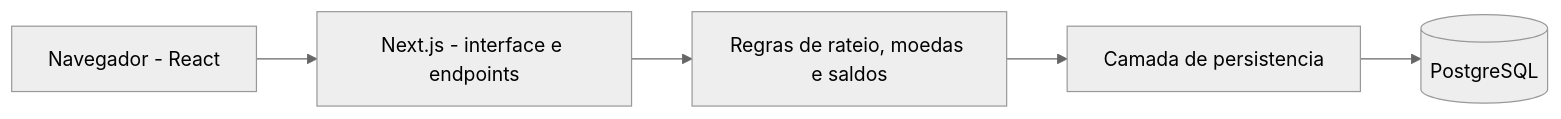
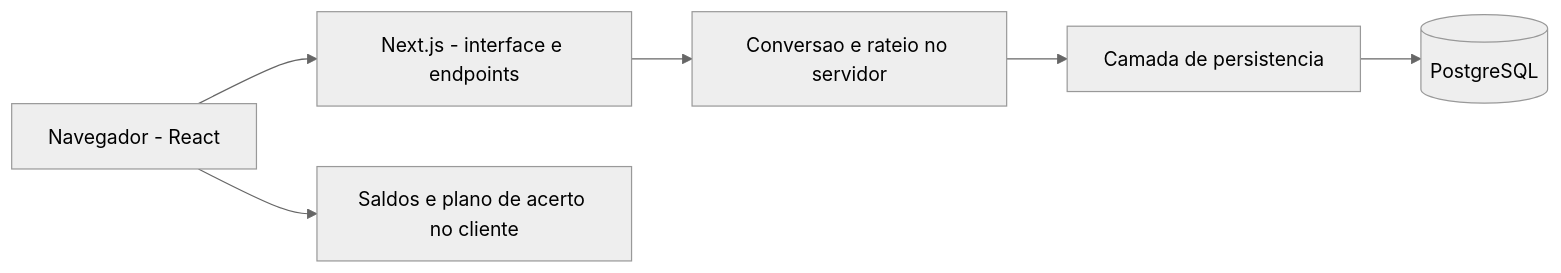
One commit to reisgabriel767-max/split-and-go changed the diagram in README.md. Above: the diagram before and after it, drawn with Mermaid (neutral theme). The commit also changed other lines of this file and 2 other files, not shown here.

Commit message:
docs: explain exchange history, settlement limits and demo (#7)

````diff
--- a/README.md
+++ b/README.md
@@ -15,7 +15,8 @@
 ```mermaid
 flowchart LR
     Browser[Navegador - React] --> App[Next.js - interface e endpoints]
-    App --> Domain[Regras de rateio, moedas e saldos]
+    App --> Domain[Conversao e rateio no servidor]
     Domain --> Data[Camada de persistencia]
     Data --> DB[(PostgreSQL)]
+    Browser --> Settlement[Saldos e plano de acerto no cliente]
 ```
````
